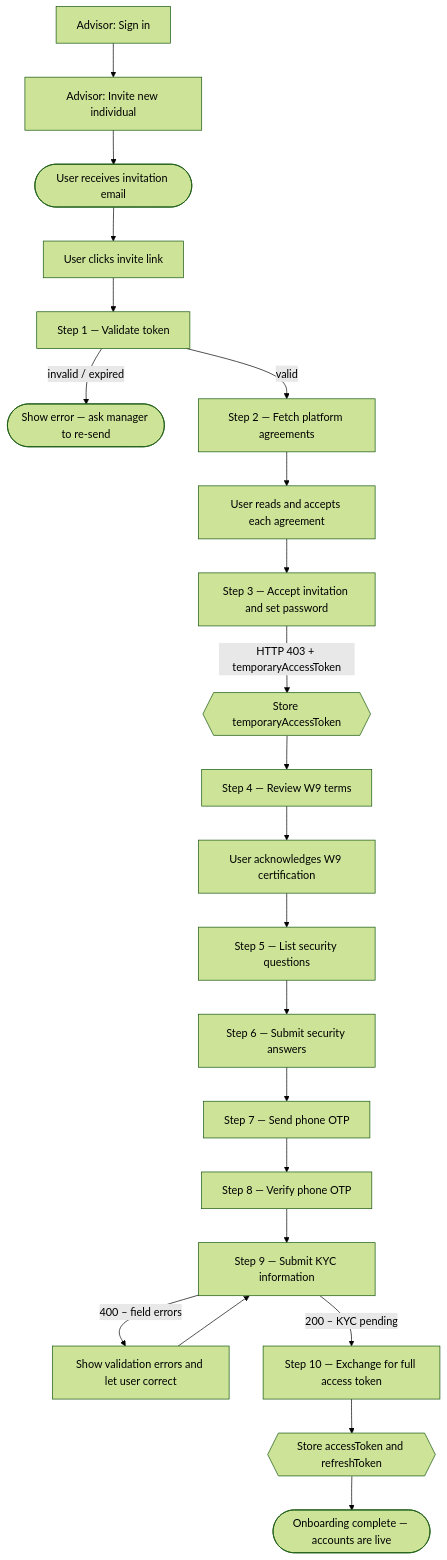
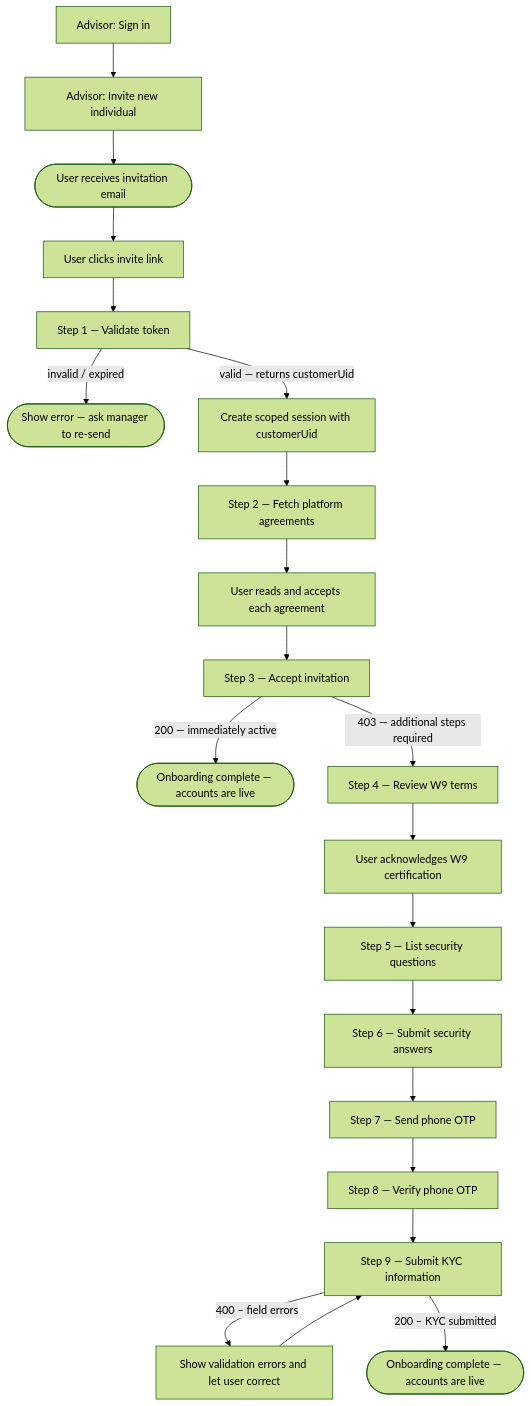
One commit to skhan-cpu/readme-paid changed the diagram in docs/Getting Started/individual-user/individual-registration.md. Above: the diagram before and after it, drawn with Mermaid (forest theme). The commit also changed other lines of this file and 24 other files, not shown here.

````diff
--- a/docs/Getting Started/individual-user/individual-registration.md
+++ b/docs/Getting Started/individual-user/individual-registration.md
@@ -12,34 +12,32 @@
 ```mermaid
 flowchart TD
     AM0[Advisor: Sign in]
     AM0 --> AM1[Advisor: Invite new individual]
     AM1 --> A([User receives invitation email])
 
     A --> B[User clicks invite link]
 
     B --> C[Step 1 — Validate token]
     C -->|invalid / expired| ERR1([Show error — ask manager to re-send])
-    C -->|valid| D[Step 2 — Fetch platform agreements]
+    C -->|valid — returns customerUid| SESSION[Create scoped session with customerUid]
 
+    SESSION --> D[Step 2 — Fetch platform agreements]
     D --> E[User reads and accepts each agreement]
-    E --> F[Step 3 — Accept invitation and set password]
 
-    F -->|HTTP 403 + temporaryAccessToken| G{{Store temporaryAccessToken}}
+    E --> F[Step 3 — Accept invitation]
+    F -->|200 — immediately active| Q([Onboarding complete — accounts are live])
+    F -->|403 — additional steps required| G[Step 4 — Review W9 terms]
 
-    G --> H[Step 4 — Review W9 terms]
-    H --> I[User acknowledges W9 certification]
+    G --> H[User acknowledges W9 certification]
 
-    I --> J[Step 5 — List security questions]
+    H --> J[Step 5 — List security questions]
     J --> K[Step 6 — Submit security answers]
 
     K --> L[Step 7 — Send phone OTP]
     L --> M[Step 8 — Verify phone OTP]
 
     M --> N[Step 9 — Submit KYC information]
     N -->|400 – field errors| ERR2[Show validation errors and let user correct]
     ERR2 --> N
-
-    N -->|200 – KYC pending| O[Step 10 — Exchange for full access token]
-    O --> P{{Store accessToken and refreshToken}}
-    P --> Q([Onboarding complete — accounts are live])
+    N -->|200 – KYC submitted| Q2([Onboarding complete — accounts are live])
 ```
````
